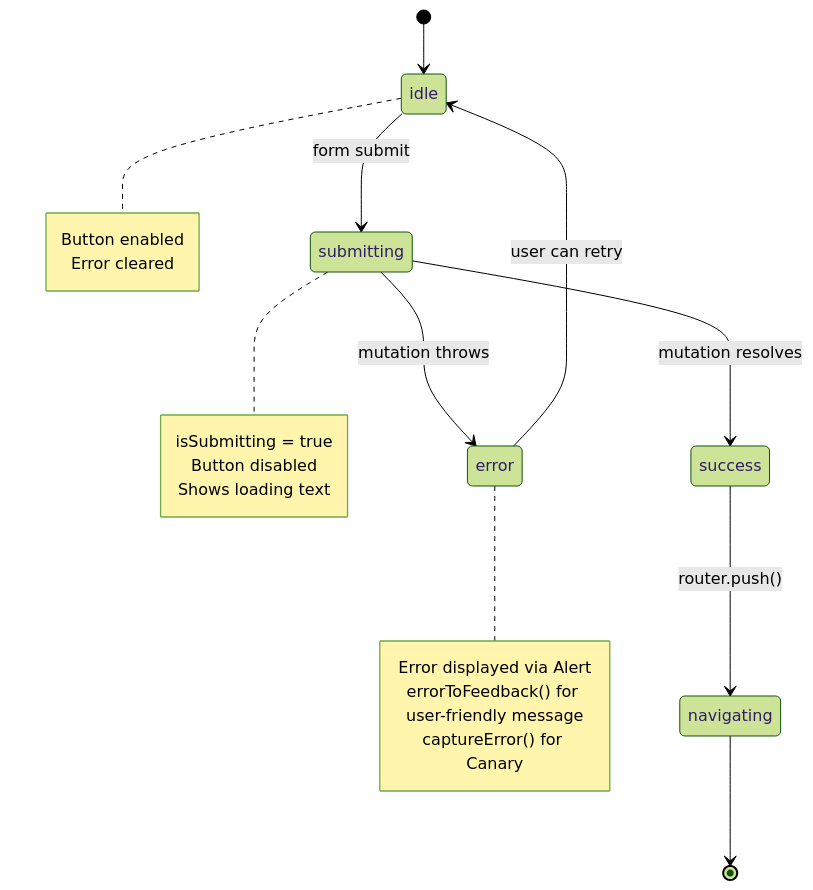
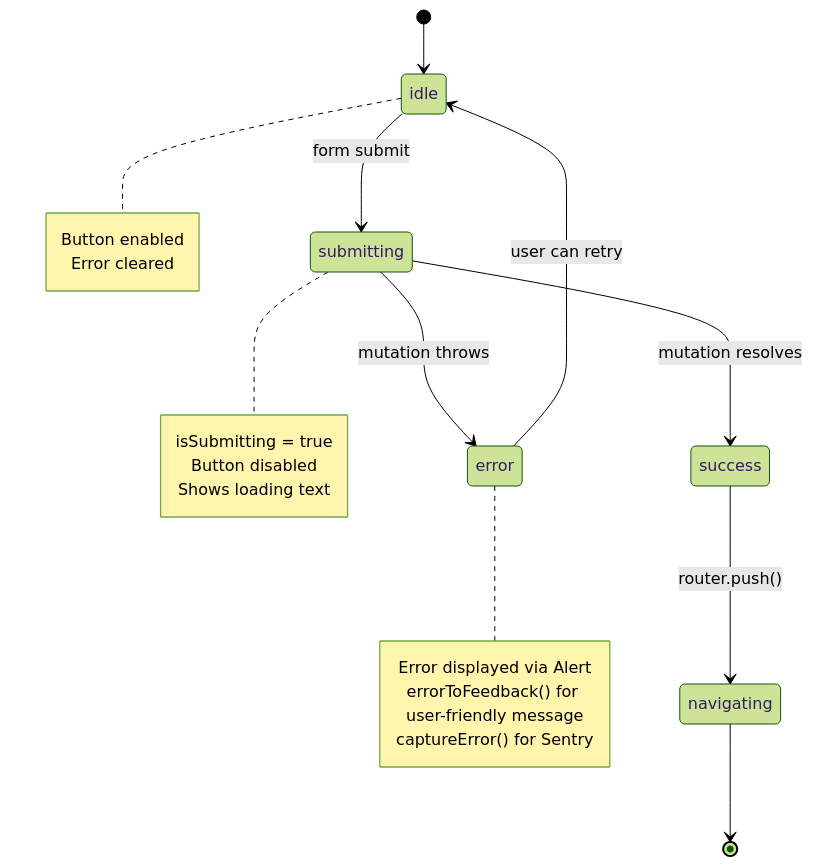
The seventh of 7 diagrams in docs/state-diagrams.md (misty-step/linejam), drawn with Mermaid (forest theme) before and after one commit. The commit also changed 122 other files, not shown here.

First line of the commit message:
feat: replace Canary with Sentry (#412)

````diff
--- a/docs/state-diagrams.md
+++ b/docs/state-diagrams.md
@@ -316,32 +316,32 @@
 ```mermaid
 stateDiagram-v2
     [*] --> idle
 
     idle --> submitting : form submit
 
     submitting --> success : mutation resolves
     submitting --> error : mutation throws
 
     success --> navigating : router.push()
 
     error --> idle : user can retry
 
     navigating --> [*]
 
     note right of idle
         Button enabled
         Error cleared
     end note
 
     note right of submitting
         isSubmitting = true
         Button disabled
         Shows loading text
     end note
 
     note right of error
         Error displayed via Alert
         errorToFeedback() for user-friendly message
-        captureError() for Canary
+        captureError() for Sentry
     end note
 ```
````
